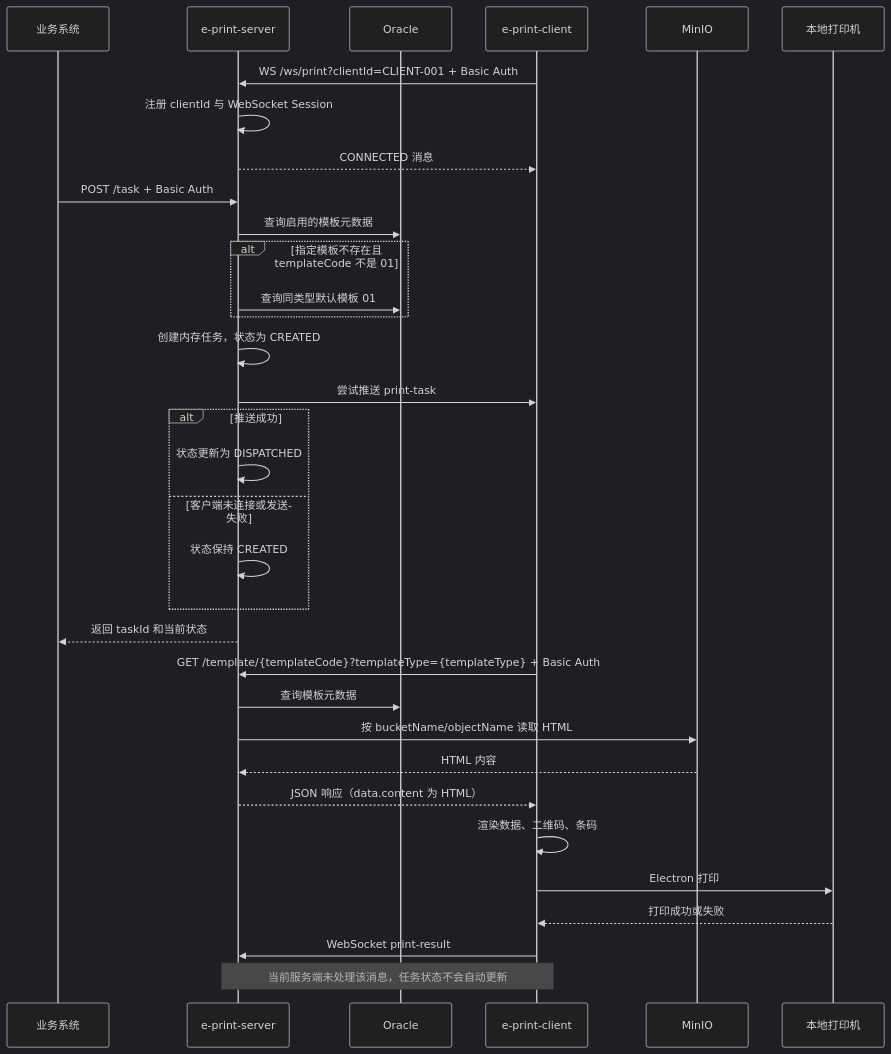
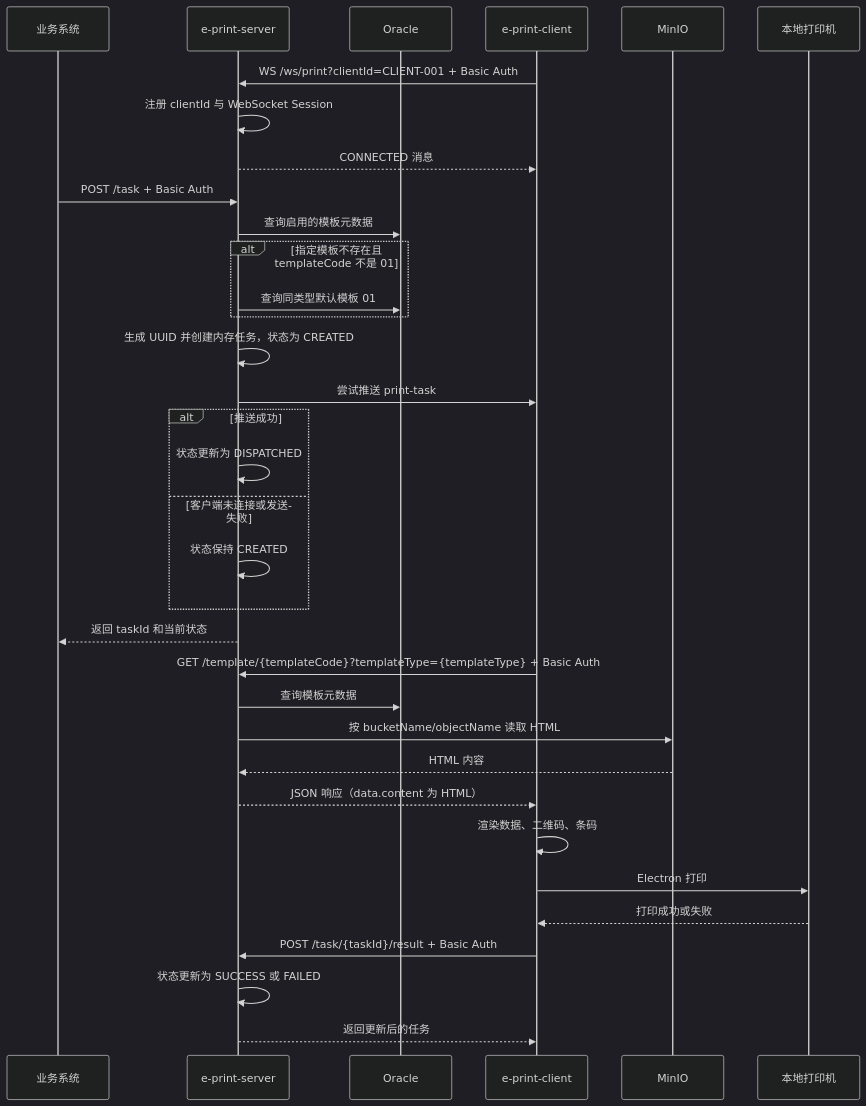
Before and after one commit to RicoFung/e-print: the diagram in README.md, drawn with Mermaid (dark theme). The commit also changed 11 other files, not shown here.

````diff
--- a/README.md
+++ b/README.md
@@ -48,38 +48,39 @@
 ```mermaid
 sequenceDiagram
     participant Biz as 业务系统
     participant Server as e-print-server
     participant DB as Oracle
     participant Client as e-print-client
     participant MinIO as MinIO
     participant Printer as 本地打印机
 
     Client->>Server: WS /ws/print?clientId=CLIENT-001 + Basic Auth
     Server->>Server: 注册 clientId 与 WebSocket Session
     Server-->>Client: CONNECTED 消息
 
     Biz->>Server: POST /task + Basic Auth
     Server->>DB: 查询启用的模板元数据
     alt 指定模板不存在且 templateCode 不是 01
         Server->>DB: 查询同类型默认模板 01
     end
-    Server->>Server: 创建内存任务，状态为 CREATED
+    Server->>Server: 生成 UUID 并创建内存任务，状态为 CREATED
     Server->>Client: 尝试推送 print-task
     alt 推送成功
         Server->>Server: 状态更新为 DISPATCHED
     else 客户端未连接或发送失败
         Server->>Server: 状态保持 CREATED
     end
     Server-->>Biz: 返回 taskId 和当前状态
 
     Client->>Server: GET /template/{templateCode}?templateType={templateType} + Basic Auth
     Server->>DB: 查询模板元数据
     Server->>MinIO: 按 bucketName/objectName 读取 HTML
     MinIO-->>Server: HTML 内容
     Server-->>Client: JSON 响应（data.content 为 HTML）
     Client->>Client: 渲染数据、二维码、条码
     Client->>Printer: Electron 打印
     Printer-->>Client: 打印成功或失败
-    Client->>Server: WebSocket print-result
-    Note over Client,Server: 当前服务端未处理该消息，任务状态不会自动更新
+    Client->>Server: POST /task/{taskId}/result + Basic Auth
+    Server->>Server: 状态更新为 SUCCESS 或 FAILED
+    Server-->>Client: 返回更新后的任务
 ```
````
